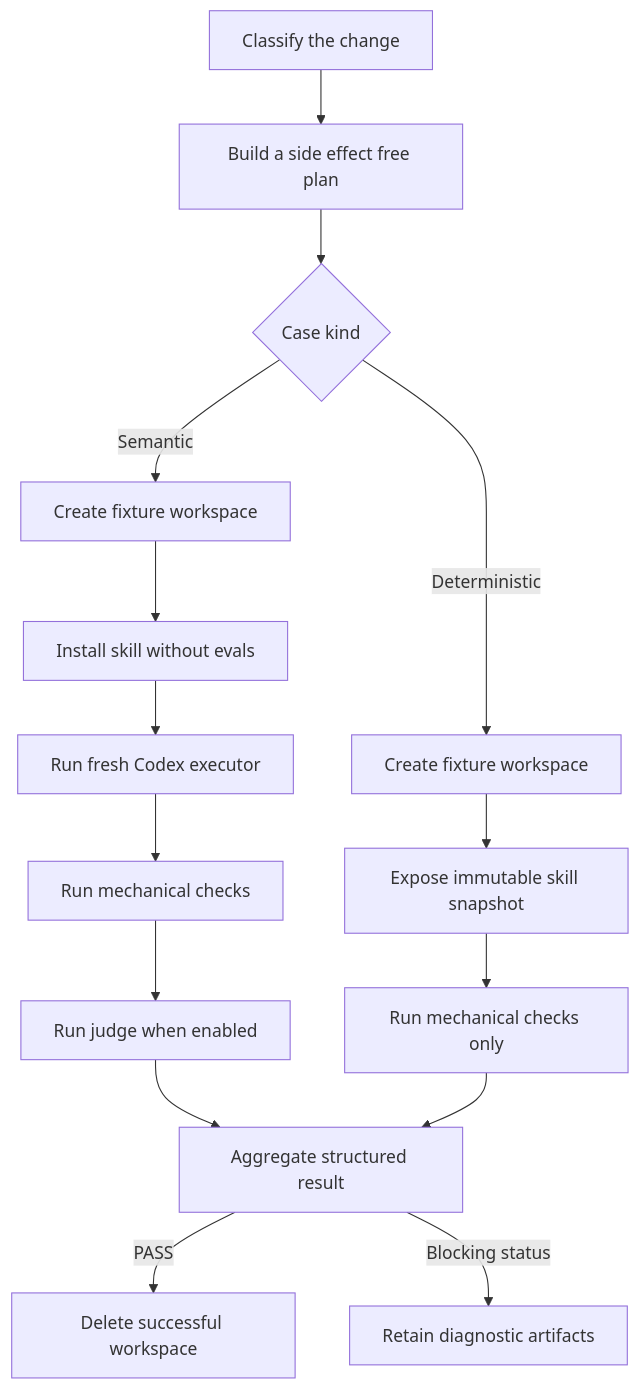
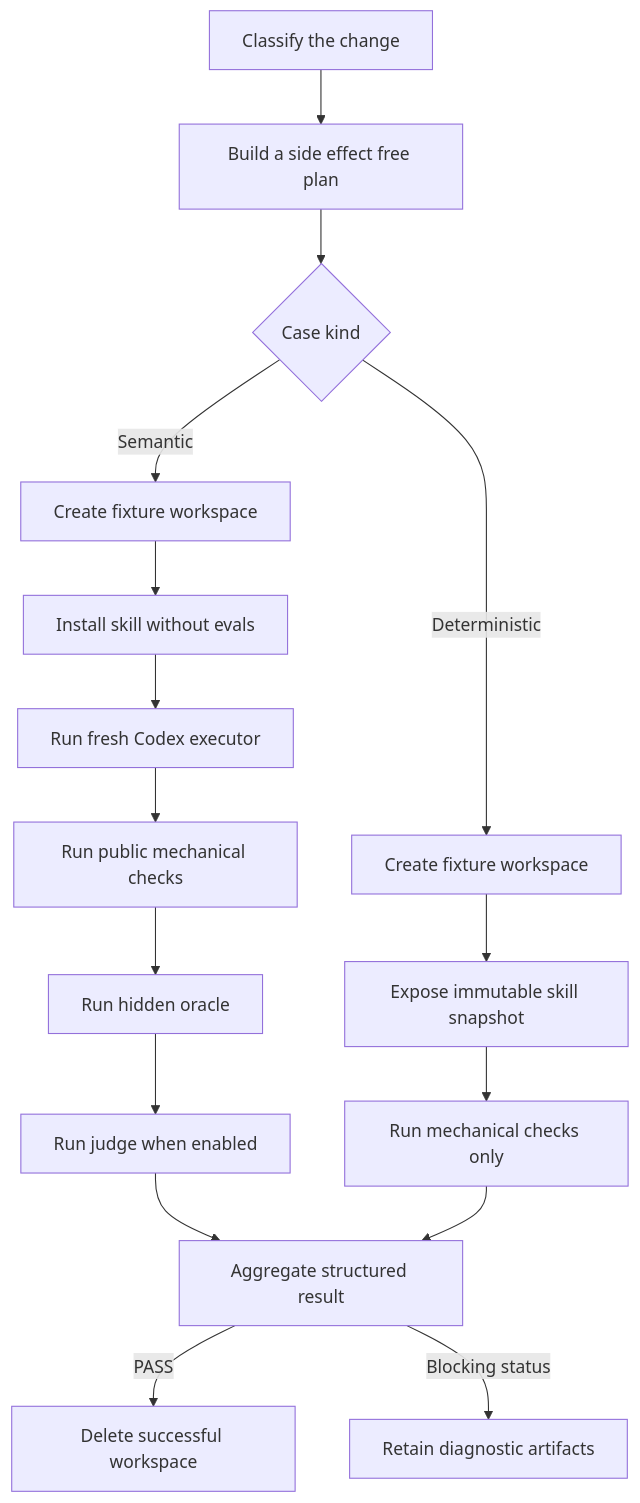
Before and after one commit to renanfranca/codex-skills: the diagram in EVALUATIONS.md, drawn with Mermaid. The commit also changed other lines of this file and 29 other files, not shown here.

````diff
--- a/EVALUATIONS.md
+++ b/EVALUATIONS.md
@@ -46,17 +46,18 @@
 ```mermaid
 flowchart TD
   A[Classify the change] --> B[Build a side effect free plan]
   B --> C{Case kind}
   C -->|Semantic| D[Create fixture workspace]
   D --> E[Install skill without evals]
   E --> F[Run fresh Codex executor]
-  F --> G[Run mechanical checks]
-  G --> H[Run judge when enabled]
+  F --> G[Run public mechanical checks]
+  G --> O[Run hidden oracle]
+  O --> H[Run judge when enabled]
   C -->|Deterministic| I[Create fixture workspace]
   I --> J[Expose immutable skill snapshot]
   J --> K[Run mechanical checks only]
   H --> L[Aggregate structured result]
   K --> L
   L -->|PASS| M[Delete successful workspace]
   L -->|Blocking status| N[Retain diagnostic artifacts]
 ```
````
